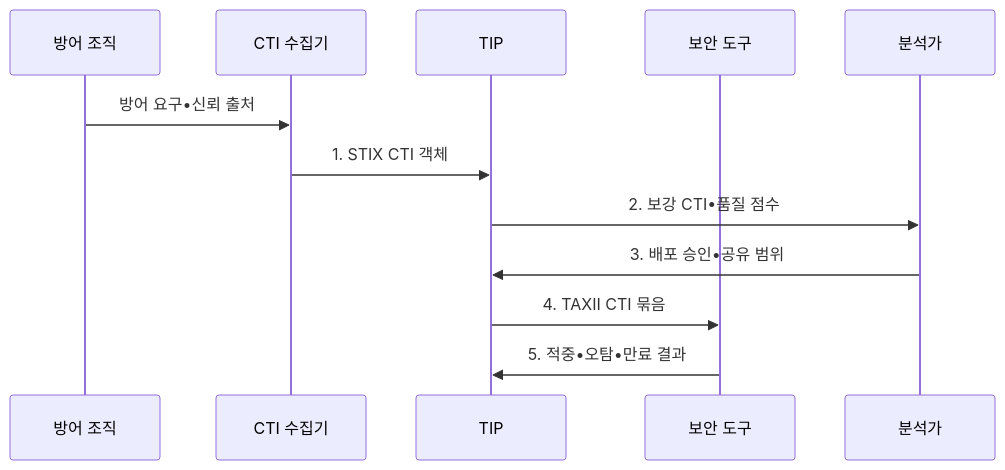
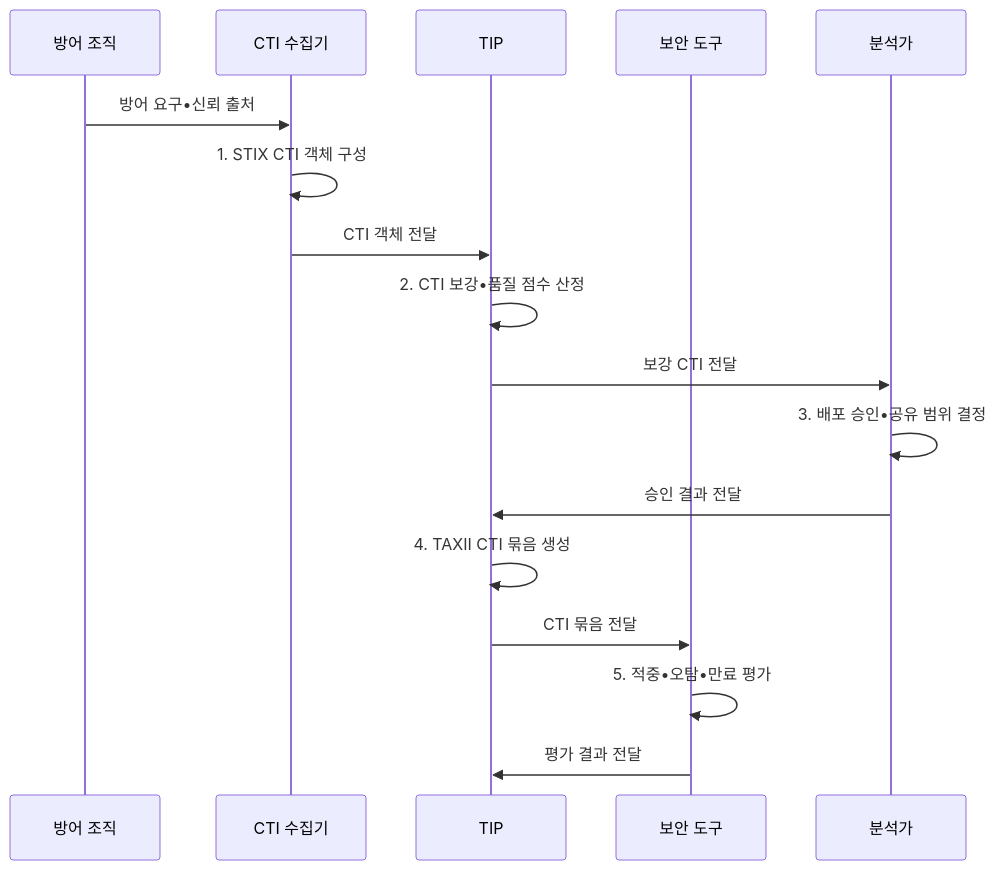
Before and after one commit to agnusdei1207/knowledge-base: the second of 2 diagrams in src/content/docs/notes/05-security/122_cti_automation.md, drawn with Mermaid. The commit also changed other lines of this file and 19 other files, not shown here.

````diff
--- a/src/content/docs/notes/05-security/122_cti_automation.md
+++ b/src/content/docs/notes/05-security/122_cti_automation.md
@@ -103,14 +103,19 @@
 ```mermaid
 sequenceDiagram
   participant D as 방어 조직
   participant C as CTI 수집기
   participant T as TIP
   participant S as 보안 도구
   participant A as 분석가
   D->>C: 방어 요구•신뢰 출처
-  C->>T: 1. STIX CTI 객체
-  T->>A: 2. 보강 CTI•품질 점수
-  A->>T: 3. 배포 승인•공유 범위
-  T->>S: 4. TAXII CTI 묶음
-  S->>T: 5. 적중•오탐•만료 결과
+  C->>C: 1. STIX CTI 객체 구성
+  C->>T: CTI 객체 전달
+  T->>T: 2. CTI 보강•품질 점수 산정
+  T->>A: 보강 CTI 전달
+  A->>A: 3. 배포 승인•공유 범위 결정
+  A->>T: 승인 결과 전달
+  T->>T: 4. TAXII CTI 묶음 생성
+  T->>S: CTI 묶음 전달
+  S->>S: 5. 적중•오탐•만료 평가
+  S->>T: 평가 결과 전달
 ```
````
